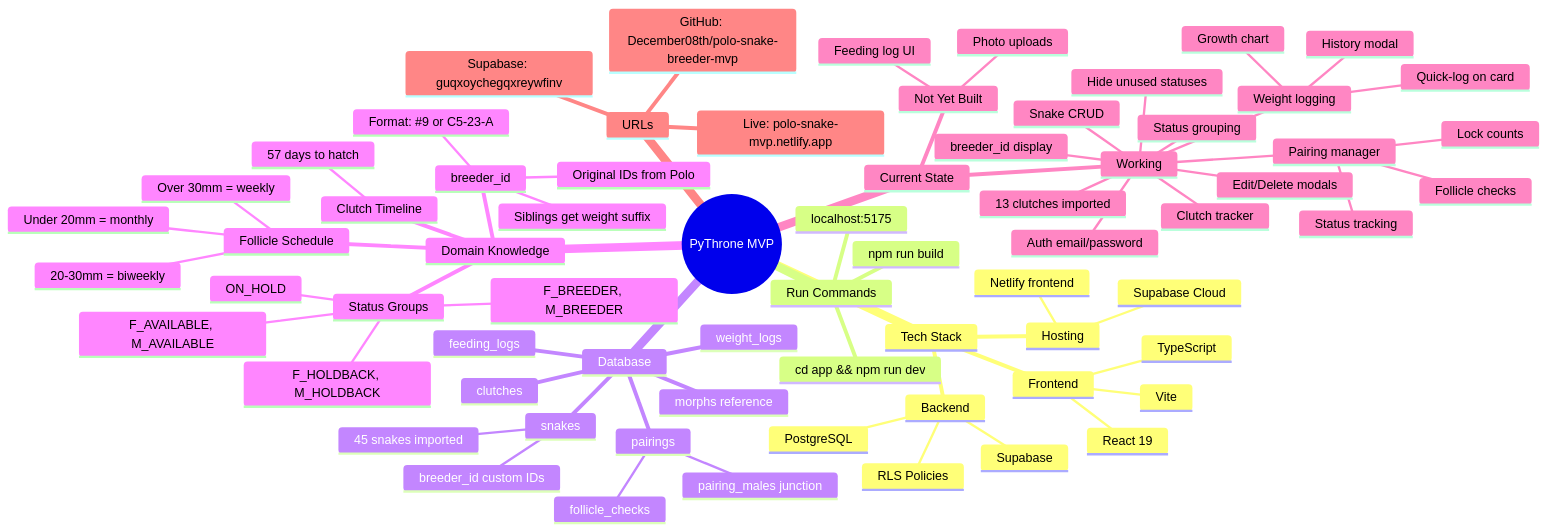
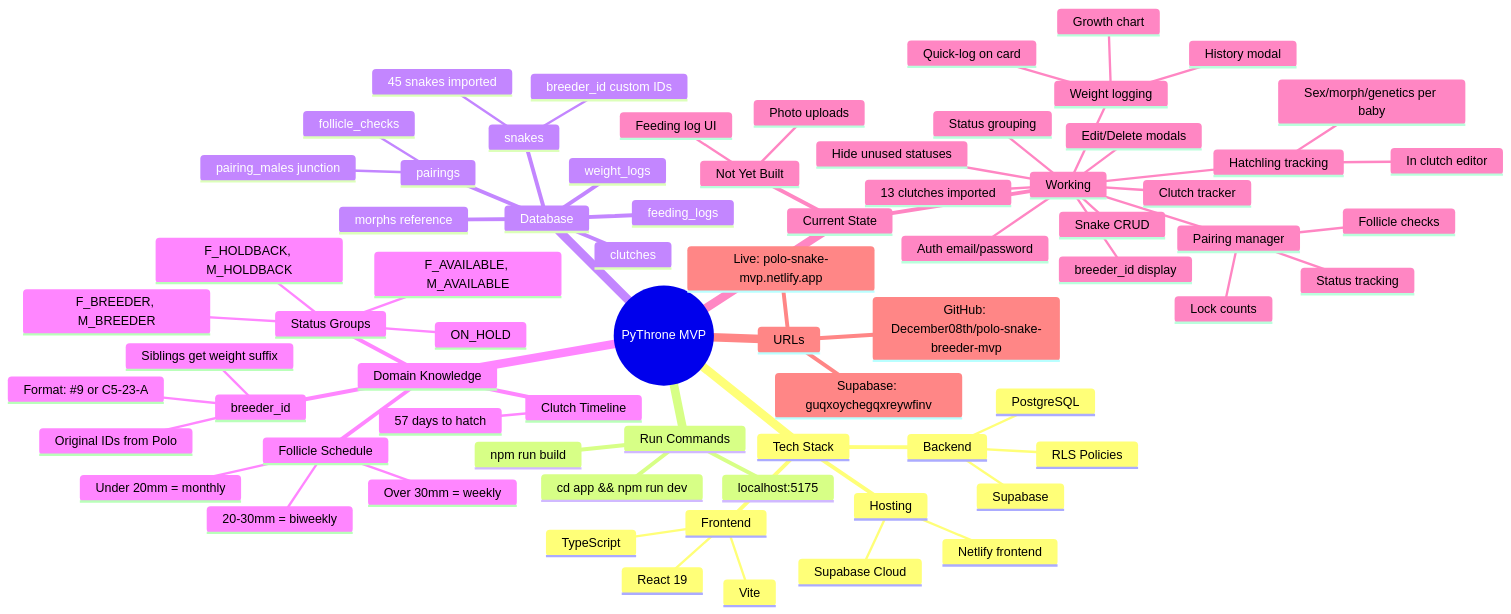
One commit to December08th/polo-snake-breeder-mvp changed the diagram in CLAUDE.md. Above: the diagram before and after it, drawn with Mermaid. The commit also changed other lines of this file, not shown here.

Commit message:
Update CLAUDE.md with hatchling tracking feature

````diff
--- a/CLAUDE.md
+++ b/CLAUDE.md
@@ -5,72 +5,75 @@
 ```mermaid
 mindmap
   root((PyThrone MVP))
     Tech Stack
       Frontend
         React 19
         TypeScript
         Vite
       Backend
         Supabase
         PostgreSQL
         RLS Policies
       Hosting
         Netlify frontend
         Supabase Cloud
     Run Commands
       cd app && npm run dev
       localhost:5175
       npm run build
     Database
       snakes
         breeder_id custom IDs
         45 snakes imported
       weight_logs
       feeding_logs
       pairings
         pairing_males junction
         follicle_checks
       clutches
       morphs reference
     Domain Knowledge
       breeder_id
         Original IDs from Polo
         Format: #9 or C5-23-A
         Siblings get weight suffix
       Status Groups
         F_BREEDER, M_BREEDER
         F_HOLDBACK, M_HOLDBACK
         F_AVAILABLE, M_AVAILABLE
         ON_HOLD
       Follicle Schedule
         Under 20mm = monthly
         20-30mm = biweekly
         Over 30mm = weekly
       Clutch Timeline
         57 days to hatch
     Current State
       Working
         Auth email/password
         Snake CRUD
         Status grouping
         Hide unused statuses
         Edit/Delete modals
         breeder_id display
         Clutch tracker
         13 clutches imported
         Pairing manager
           Status tracking
           Lock counts
           Follicle checks
         Weight logging
           Quick-log on card
           History modal
           Growth chart
+        Hatchling tracking
+          In clutch editor
+          Sex/morph/genetics per baby
       Not Yet Built
         Feeding log UI
         Photo uploads
     URLs
       Live: polo-snake-mvp.netlify.app
       Supabase: guqxoychegqxreywfinv
       GitHub: December08th/polo-snake-breeder-mvp
 ```
````
